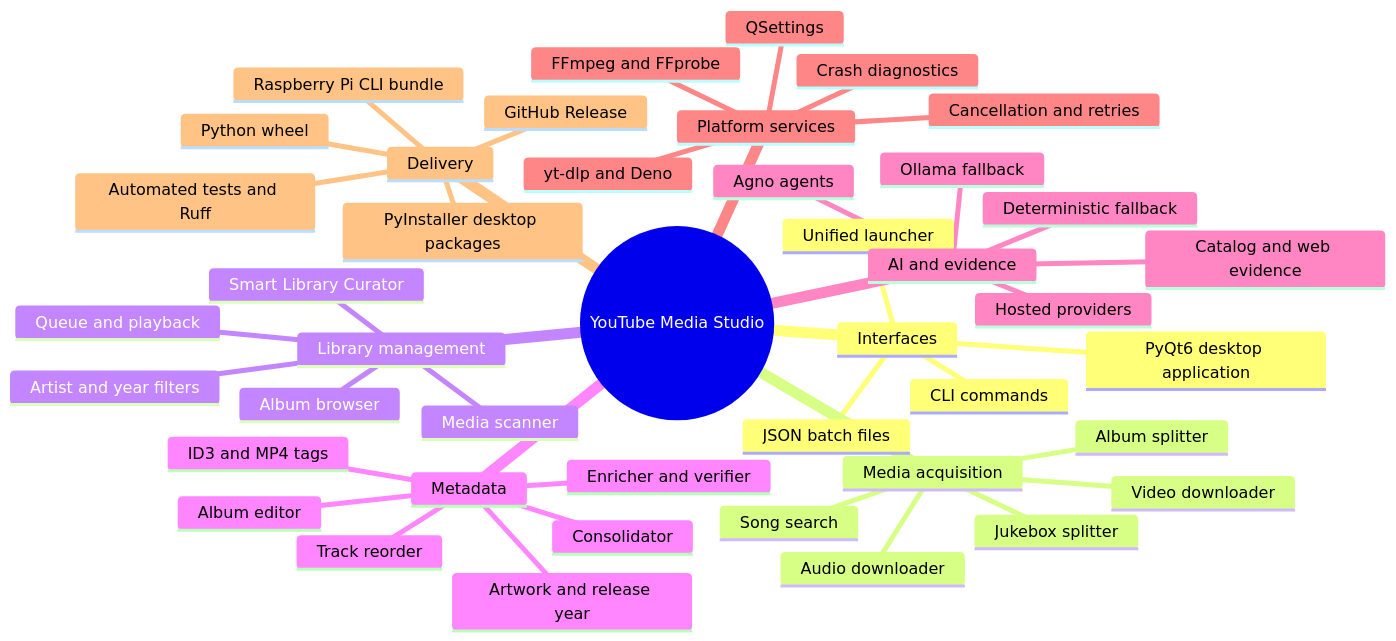
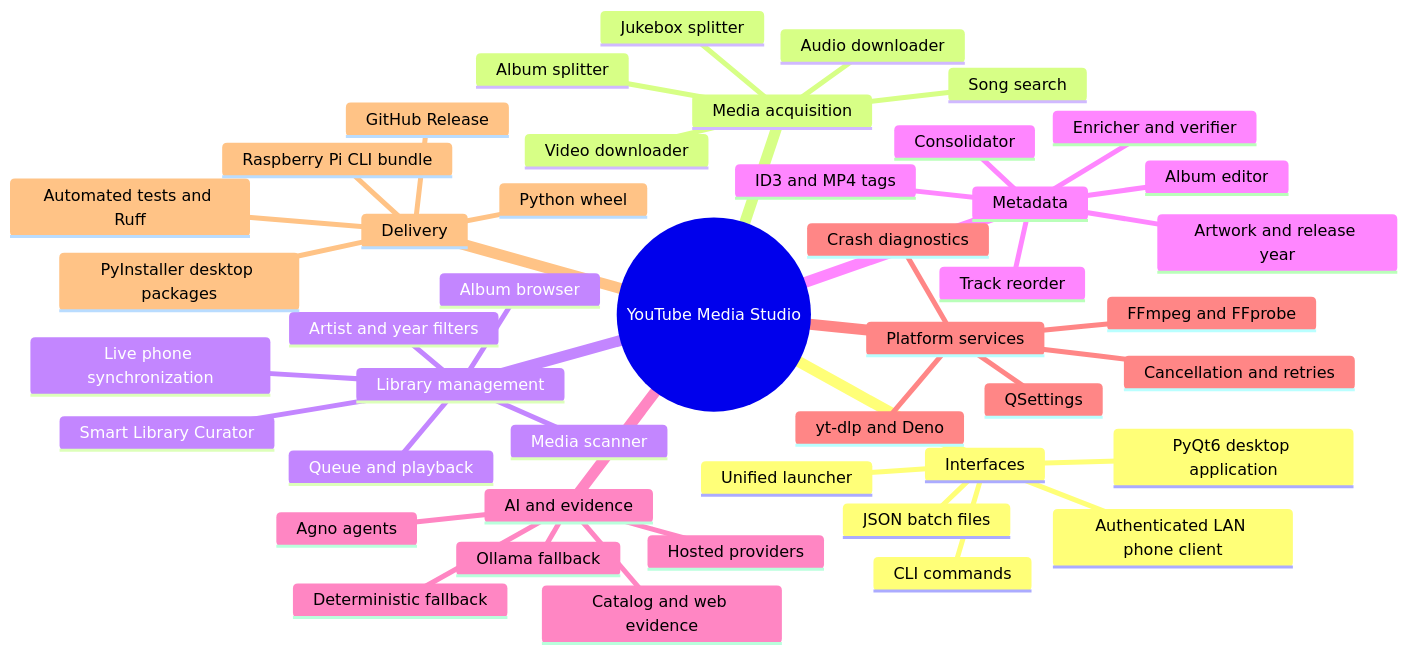
The diagram in docs/ARCHITECTURE.md (DhimanGhosh/YouTube_Media_Studio), drawn with Mermaid before and after one commit. The commit also changed 10 other files, not shown here.

````diff
--- a/docs/ARCHITECTURE.md
+++ b/docs/ARCHITECTURE.md
@@ -18,46 +18,48 @@
 ```mermaid
 mindmap
   root((YouTube Media Studio))
     Interfaces
       PyQt6 desktop application
+      Authenticated LAN phone client
       Unified launcher
       CLI commands
       JSON batch files
     Media acquisition
       Audio downloader
       Video downloader
       Album splitter
       Jukebox splitter
       Song search
     Library management
       Media scanner
       Artist and year filters
       Album browser
       Queue and playback
+      Live phone synchronization
       Smart Library Curator
     Metadata
       ID3 and MP4 tags
       Album editor
       Enricher and verifier
       Artwork and release year
       Track reorder
       Consolidator
     AI and evidence
       Agno agents
       Hosted providers
       Ollama fallback
       Catalog and web evidence
       Deterministic fallback
     Platform services
       FFmpeg and FFprobe
       yt-dlp and Deno
       QSettings
       Crash diagnostics
       Cancellation and retries
     Delivery
       Automated tests and Ruff
       PyInstaller desktop packages
       Python wheel
       Raspberry Pi CLI bundle
       GitHub Release
 ```
````
